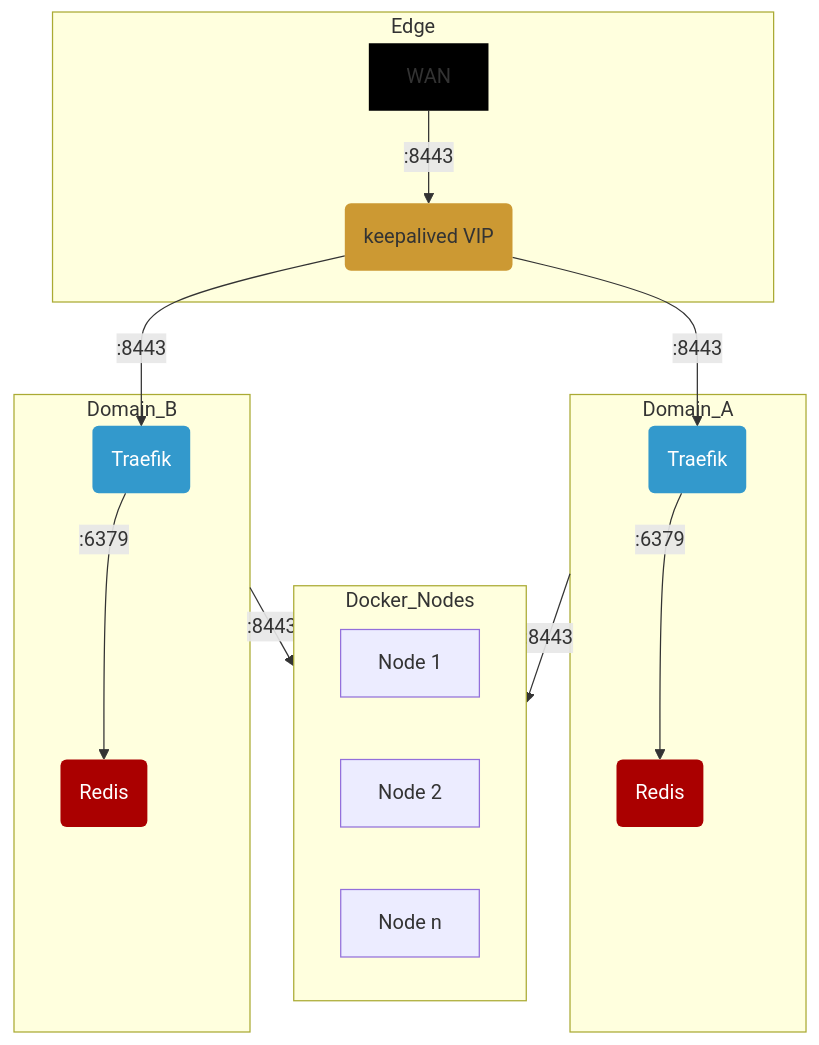
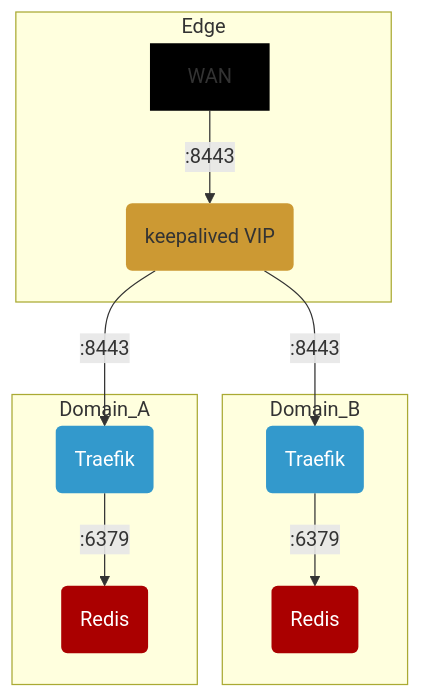
Before and after one commit to 11notes/docker-traefik-labels: the diagram in README.md, drawn with Mermaid.

Commit message:
flowchart

````diff
--- a/README.md
+++ b/README.md
@@ -47,30 +47,22 @@
 ```mermaid
 flowchart TB
     
     subgraph Edge
         A[WAN]:::WAN -->|:8443| B(keepalived VIP):::KEEPALIVED
     end
     
     subgraph Domain_B
     B -->|:8443| C(Traefik):::TRAEFIK
     C -->|:6379| E(Redis):::REDIS
     end
     subgraph Domain_A
     B -->|:8443| D(Traefik):::TRAEFIK
     D -->|:6379| F(Redis):::REDIS
     end
-    subgraph Docker_Nodes
-        id1[Node 1]
-        id2[Node 2]
-        idn[Node n]
-    end
-
-    Domain_A -->|:8443| Docker_Nodes
-    Domain_B --> |:8443|Docker_Nodes
 
     classDef WAN fill:#000000,stroke:none,color#FFF
     classDef KEEPALIVED fill:#CC9933,stroke:none,color#000
     classDef TRAEFIK fill:#3399CC,stroke:none,color:#FFF
     classDef REDIS fill:#AA0000,stroke:none,color:#FFF
 
 ```
````
